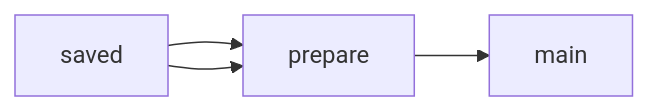
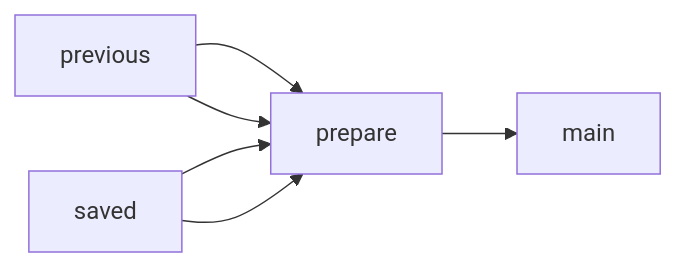
One commit to jsonifyco/public-datasets changed the diagram in datasets/airside-transit-visa-rules-sample-d375a83266c3/README.md. Above: the diagram before and after it, drawn with Mermaid. The commit also changed other lines of this file and 3 other files, not shown here.

````diff
--- a/datasets/airside-transit-visa-rules-sample-d375a83266c3/README.md
+++ b/datasets/airside-transit-visa-rules-sample-d375a83266c3/README.md
@@ -55,9 +67,12 @@
 ```mermaid
 flowchart LR
-  n0["saved"]
-  n1["prepare"]
-  n2["main"]
+  n0["previous"]
+  n1["saved"]
+  n2["prepare"]
+  n3["main"]
+  n2 --> n3
+  n0 --> n2
   n1 --> n2
-  n0 --> n1
-  n0 --> n1
+  n0 --> n2
+  n1 --> n2
 ```
````
